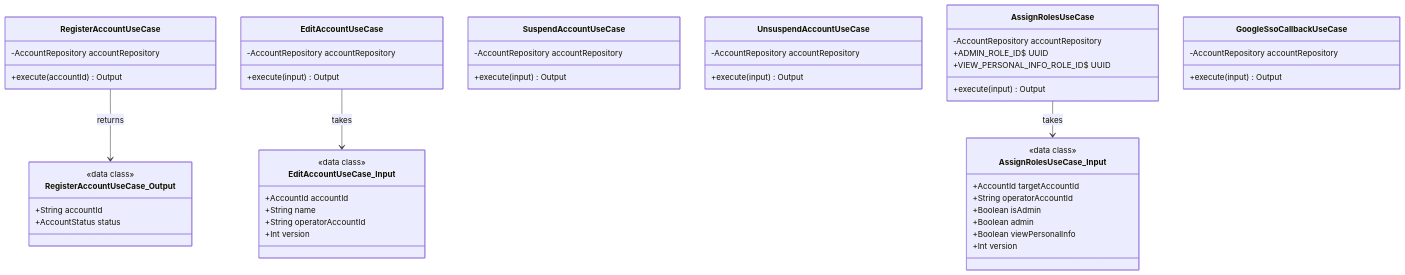
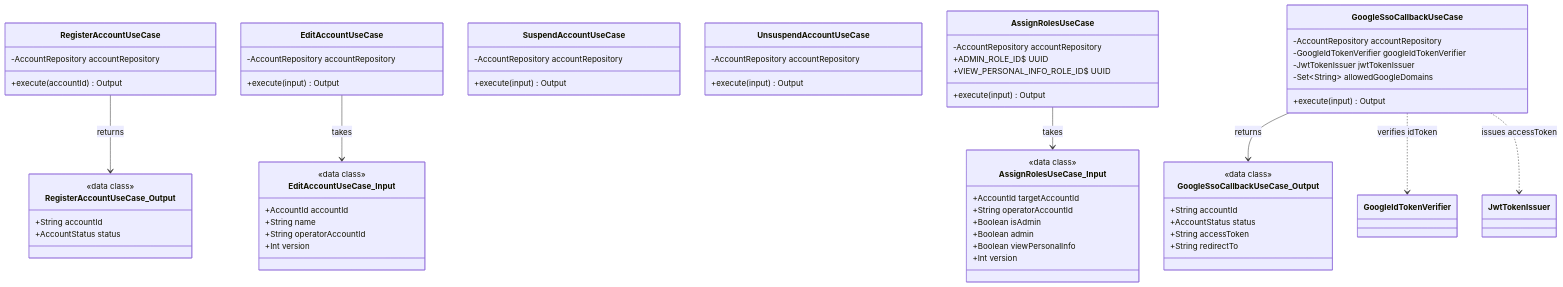
One commit to OkochiDesu/kakehashi-api changed the first of 3 diagrams in src/main/kotlin/com/kakehashi/usecase/account/README.md. Above: the diagram before and after it, drawn with Mermaid. The commit also changed other lines of this file and 38 other files, not shown here.

````diff
--- a/src/main/kotlin/com/kakehashi/usecase/account/README.md
+++ b/src/main/kotlin/com/kakehashi/usecase/account/README.md
@@ -12,59 +12,72 @@
 ```mermaid
 classDiagram
     class RegisterAccountUseCase {
         -AccountRepository accountRepository
         +execute(accountId) Output
     }
     class RegisterAccountUseCase_Output {
         <<data class>>
         +String accountId
         +AccountStatus status
     }
 
     class EditAccountUseCase {
         -AccountRepository accountRepository
         +execute(input) Output
     }
     class EditAccountUseCase_Input {
         <<data class>>
         +AccountId accountId
         +String name
         +String operatorAccountId
         +Int version
     }
 
     class SuspendAccountUseCase {
         -AccountRepository accountRepository
         +execute(input) Output
     }
 
     class UnsuspendAccountUseCase {
         -AccountRepository accountRepository
         +execute(input) Output
     }
 
     class AssignRolesUseCase {
         -AccountRepository accountRepository
         +ADMIN_ROLE_ID$ UUID
         +VIEW_PERSONAL_INFO_ROLE_ID$ UUID
         +execute(input) Output
     }
     class AssignRolesUseCase_Input {
         <<data class>>
         +AccountId targetAccountId
         +String operatorAccountId
         +Boolean isAdmin
         +Boolean admin
         +Boolean viewPersonalInfo
         +Int version
     }
 
     class GoogleSsoCallbackUseCase {
         -AccountRepository accountRepository
+        -GoogleIdTokenVerifier googleIdTokenVerifier
+        -JwtTokenIssuer jwtTokenIssuer
+        -Set~String~ allowedGoogleDomains
         +execute(input) Output
+    }
+    class GoogleSsoCallbackUseCase_Output {
+        <<data class>>
+        +String accountId
+        +AccountStatus status
+        +String accessToken
+        +String redirectTo
     }
 
     RegisterAccountUseCase --> RegisterAccountUseCase_Output : returns
+    GoogleSsoCallbackUseCase --> GoogleSsoCallbackUseCase_Output : returns
+    GoogleSsoCallbackUseCase ..> GoogleIdTokenVerifier : verifies idToken
+    GoogleSsoCallbackUseCase ..> JwtTokenIssuer : issues accessToken
     EditAccountUseCase --> EditAccountUseCase_Input : takes
     AssignRolesUseCase --> AssignRolesUseCase_Input : takes
 ```
````
